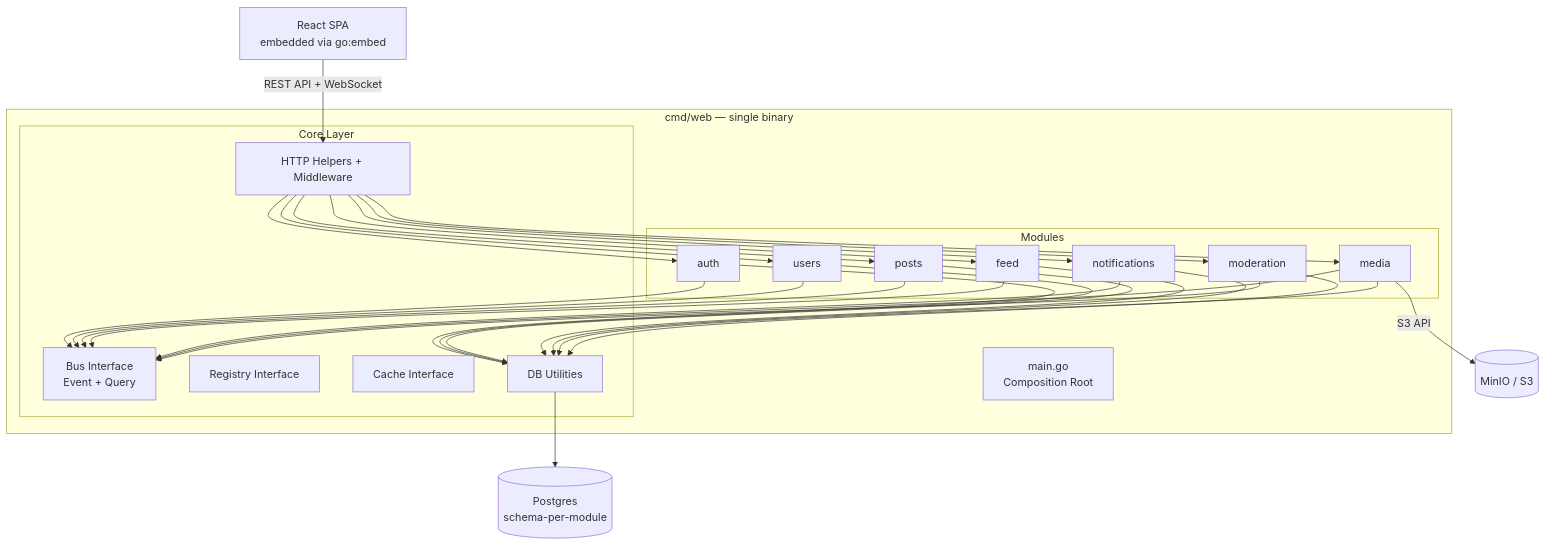
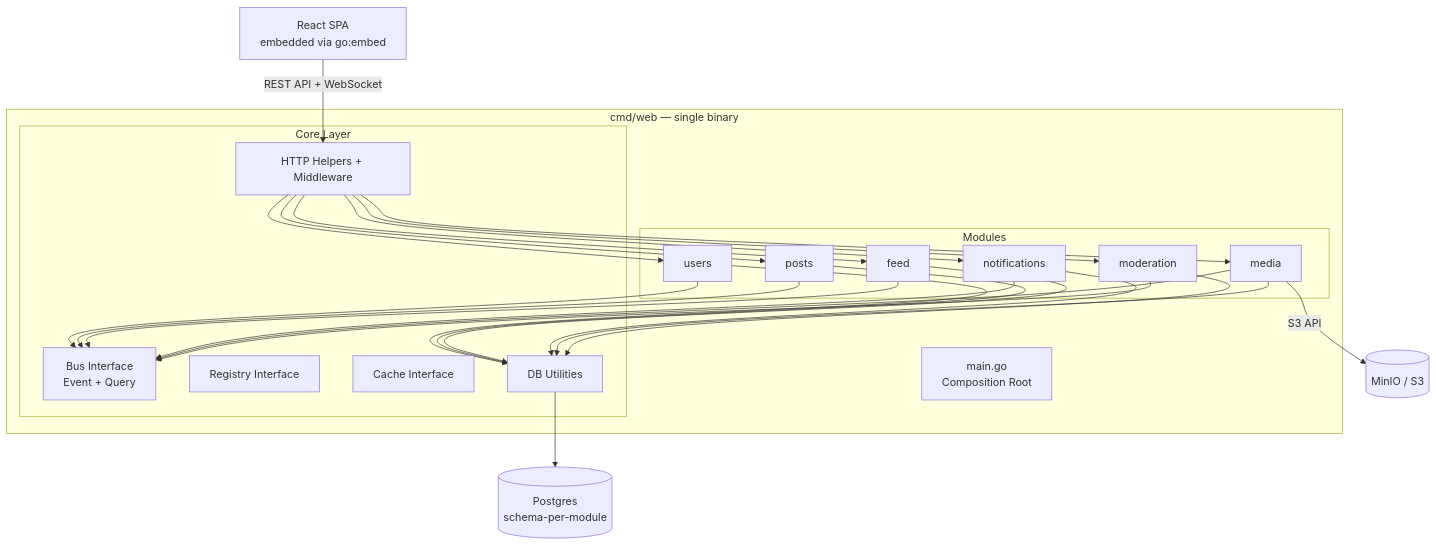
Before and after one commit to cenron/soapbox: the diagram in docs/specs/2026-03-21-soapbox-design.md, drawn with Mermaid. The commit also changed other lines of this file and 2 other files, not shown here.

First line of the commit message:
Merge auth into users module, add role hierarchy and verified flag

````diff
--- a/docs/specs/2026-03-21-soapbox-design.md
+++ b/docs/specs/2026-03-21-soapbox-design.md
@@ -56,31 +57,30 @@
 ```mermaid
 graph TB
     subgraph "cmd/web — single binary"
         MAIN[main.go<br/>Composition Root]
 
         subgraph "Core Layer"
             BUS[Bus Interface<br/>Event + Query]
             REG[Registry Interface]
             CACHE[Cache Interface]
             DB[DB Utilities]
             HTTP[HTTP Helpers + Middleware]
         end
 
         subgraph "Modules"
-            AUTH[auth]
             USERS[users]
             POSTS[posts]
             FEED[feed]
             NOTIF[notifications]
             MEDIA[media]
             MOD[moderation]
         end
     end
 
     CLIENT[React SPA<br/>embedded via go:embed] -->|REST API + WebSocket| HTTP
-    HTTP --> AUTH & USERS & POSTS & FEED & NOTIF & MEDIA & MOD
-    AUTH & USERS & POSTS & FEED & NOTIF & MEDIA & MOD --> BUS
-    AUTH & USERS & POSTS & FEED & NOTIF & MEDIA & MOD --> DB
+    HTTP --> USERS & POSTS & FEED & NOTIF & MEDIA & MOD
+    USERS & POSTS & FEED & NOTIF & MEDIA & MOD --> BUS
+    USERS & POSTS & FEED & NOTIF & MEDIA & MOD --> DB
     DB --> PG[(Postgres<br/>schema-per-module)]
     MEDIA -->|S3 API| S3[(MinIO / S3)]
 ```
````
